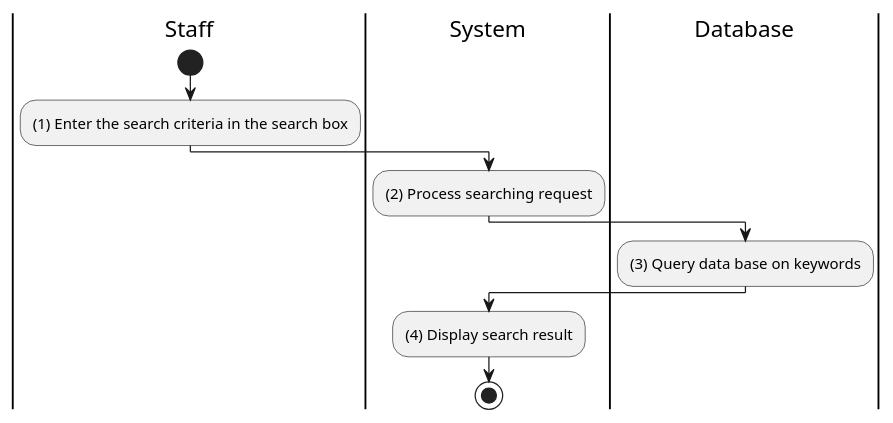
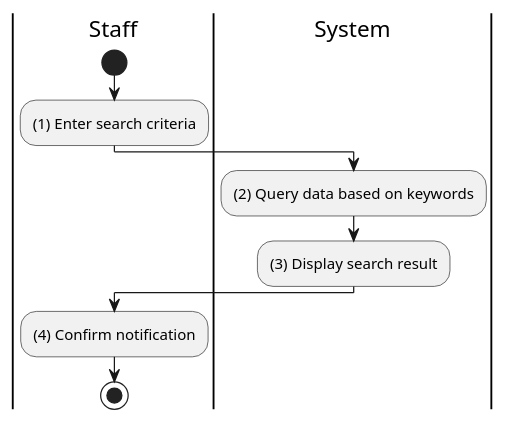
Before and after one commit to electricilies/electricilies.github.io: the diagram in docs/software-docs/activity/manage-product/search-product.md, drawn with PlantUML. The commit also changed 47 other files, not shown here.

````diff
--- a/docs/software-docs/activity/manage-product/search-product.md
+++ b/docs/software-docs/activity/manage-product/search-product.md
@@ -3,19 +3,16 @@
 ```plantuml
 @startuml
 |St|Staff
 |S|System
-|D|Database
 
 |St|
 start
-:(1) Enter the search criteria in the search box;
+:(1) Enter search criteria;
 |S|
-:(2) Process searching request;
-|D|
-:(3) Query data base on keywords;
-|S|
-:(4) Display search result;
+:(2) Query data based on keywords;
+:(3) Display search result;
+|St|
+:(4) Confirm notification;
 stop
-
 @enduml
 ```
````
